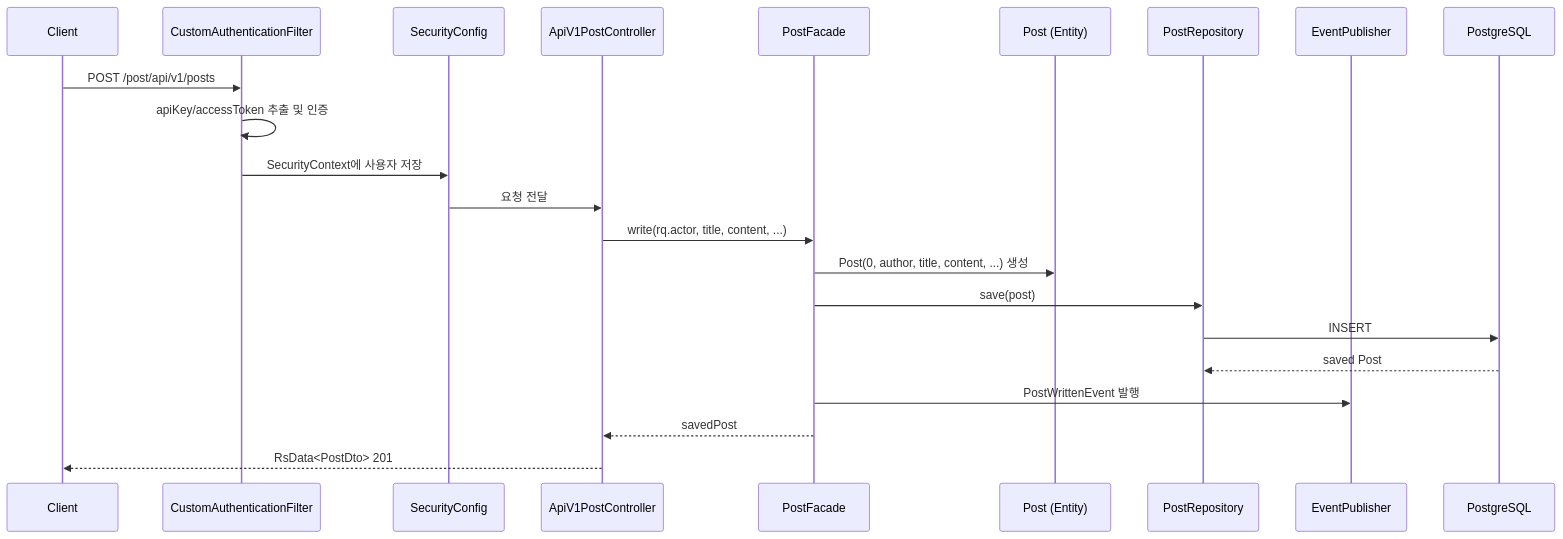
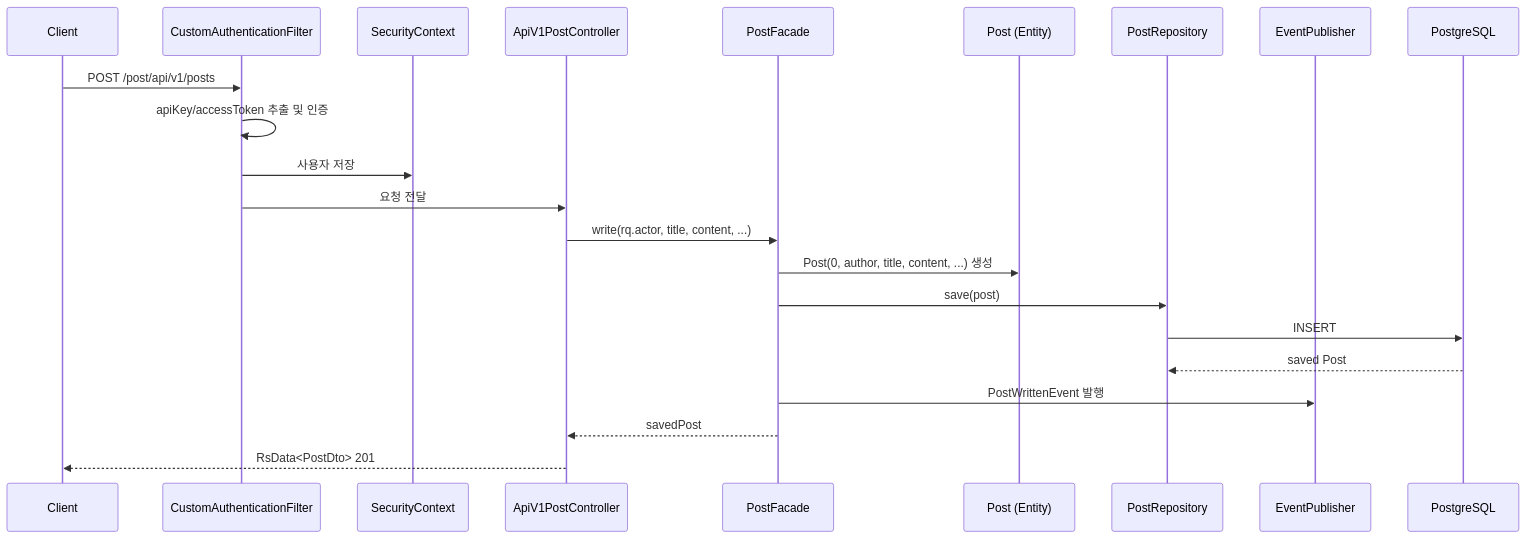
One commit to jhs512/slog_2026_03 changed the sixth of 7 diagrams in back/README.md. Above: the diagram before and after it, drawn with Mermaid. The commit also changed other lines of this file, not shown here.

````diff
--- a/back/README.md
+++ b/back/README.md
@@ -1575,25 +1599,25 @@
 ```mermaid
 sequenceDiagram
     participant C as Client
     participant F as CustomAuthenticationFilter
-    participant SC as SecurityConfig
+    participant S as SecurityContext
     participant CT as ApiV1PostController
     participant PF as PostFacade
     participant P as Post (Entity)
     participant PR as PostRepository
     participant EP as EventPublisher
     participant DB as PostgreSQL
 
     C->>F: POST /post/api/v1/posts
     F->>F: apiKey/accessToken 추출 및 인증
-    F->>SC: SecurityContext에 사용자 저장
-    SC->>CT: 요청 전달
+    F->>S: 사용자 저장
+    F->>CT: 요청 전달
     CT->>PF: write(rq.actor, title, content, ...)
     PF->>P: Post(0, author, title, content, ...) 생성
     PF->>PR: save(post)
     PR->>DB: INSERT
     DB-->>PR: saved Post
     PF->>EP: PostWrittenEvent 발행
     PF-->>CT: savedPost
     CT-->>C: RsData<PostDto> 201
 ```
````
